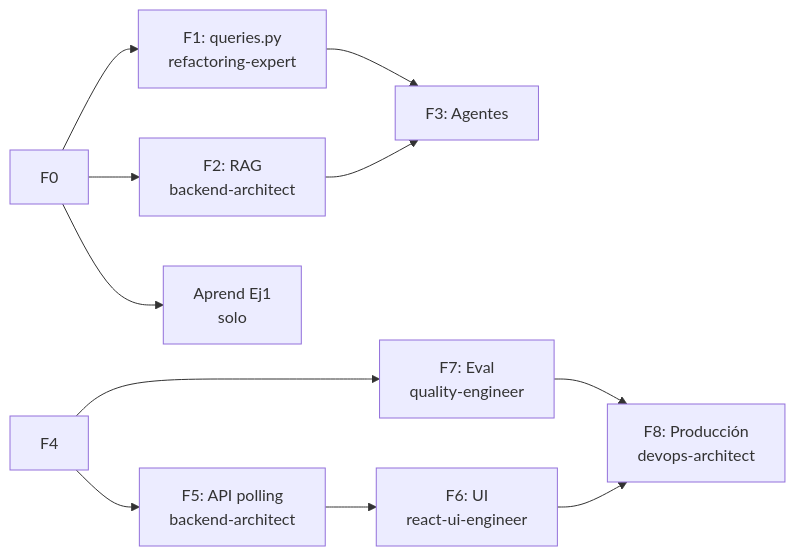
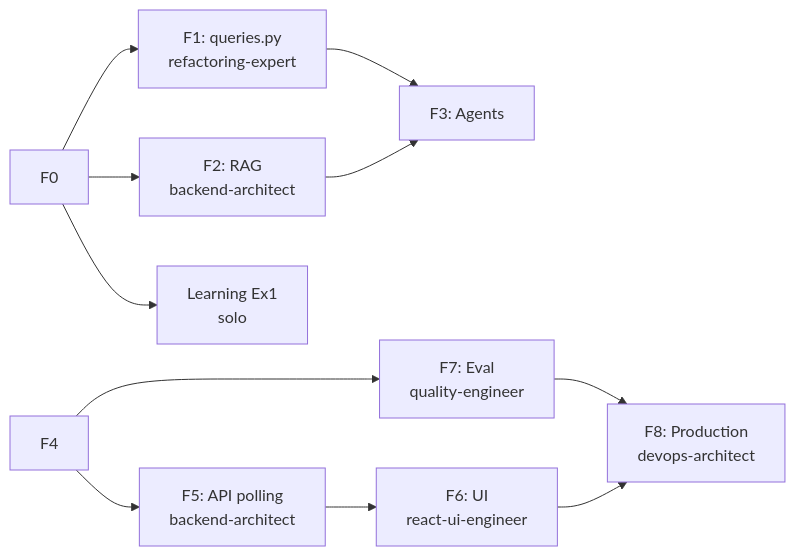
Before and after one commit to Club-Deportivo-Trocha-y-Ruta/mi: the third of 3 diagrams in docs/10-race-results/v2-implementation-workflow.md, drawn with Mermaid. The commit also changed other lines of this file and 65 other files, not shown here.

````diff
--- a/docs/10-race-results/v2-implementation-workflow.md
+++ b/docs/10-race-results/v2-implementation-workflow.md
@@ -564,16 +564,16 @@
 ```mermaid
 graph LR
     F0 --> P1[F1: queries.py<br/>refactoring-expert]
     F0 --> P2[F2: RAG<br/>backend-architect]
-    F0 --> P3[Aprend Ej1<br/>solo]
+    F0 --> P3[Learning Ex1<br/>solo]
 
-    P1 --> F3[F3: Agentes]
+    P1 --> F3[F3: Agents]
     P2 --> F3
 
     F4 --> P4[F5: API polling<br/>backend-architect]
     F4 --> P5[F7: Eval<br/>quality-engineer]
 
     P4 --> F6[F6: UI<br/>react-ui-engineer]
-    P5 --> F8[F8: Producción<br/>devops-architect]
+    P5 --> F8[F8: Production<br/>devops-architect]
     F6 --> F8
 ```
````
